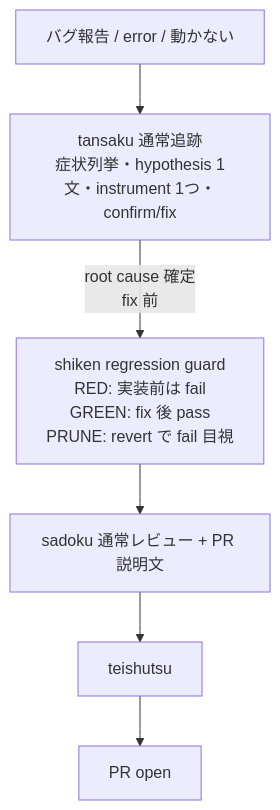
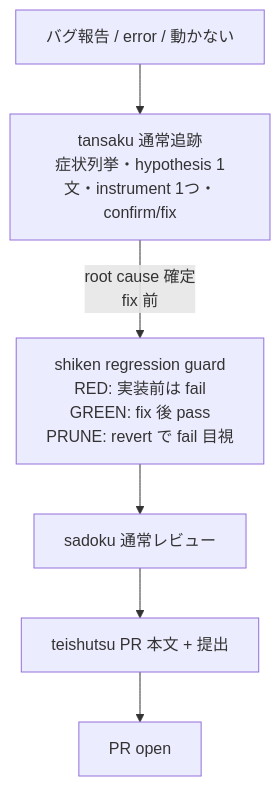
Before and after one commit to hayashiii-ghub/hikizan: the third of 10 diagrams in docs/workflow.md, drawn with Mermaid. The commit also changed other lines of this file and 11 other files, not shown here.

````diff
--- a/docs/workflow.md
+++ b/docs/workflow.md
@@ -94,8 +93,8 @@
 ```mermaid
 flowchart TB
   B0["バグ報告 / error / 動かない"] --> B1["tansaku 通常追跡<br/>症状列挙・hypothesis 1文・instrument 1つ・confirm/fix"]
   B1 -->|"root cause 確定<br/>fix 前"| B2["shiken regression guard<br/>RED: 実装前は fail<br/>GREEN: fix 後 pass<br/>PRUNE: revert で fail 目視"]
-  B2 --> B3["sadoku 通常レビュー + PR 説明文"]
-  B3 --> B4["teishutsu"]
+  B2 --> B3["sadoku 通常レビュー"]
+  B3 --> B4["teishutsu PR 本文 + 提出"]
   B4 --> B5["PR open"]
 ```
````
